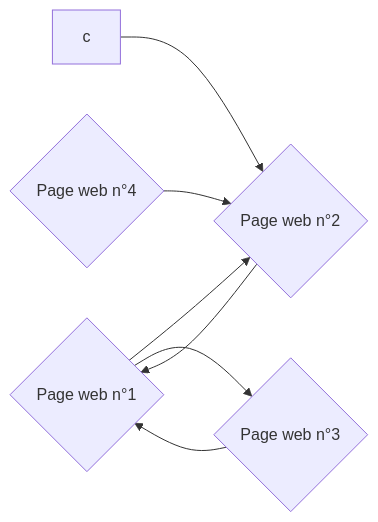
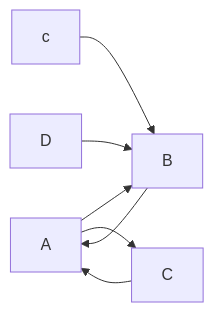
The third of 3 diagrams in seconde/Web/Moteurs_de_recherche.md (boddaert/snt), drawn with Mermaid before and after one commit. The commit also changed other lines of this file, not shown here.

````diff
--- a/seconde/Web/Moteurs_de_recherche.md
+++ b/seconde/Web/Moteurs_de_recherche.md
@@ -86,13 +81,9 @@
 ```mermaid
   graph LR;
-      A{Page web n°1};
-      B{Page web n°2};
-      C{Page web n°3};
-      D{Page web n°4};
       A-->B;
       B-->A;
       A-->C;
       C-->A;
       c-->B;
       D-->B;
 ```
````
